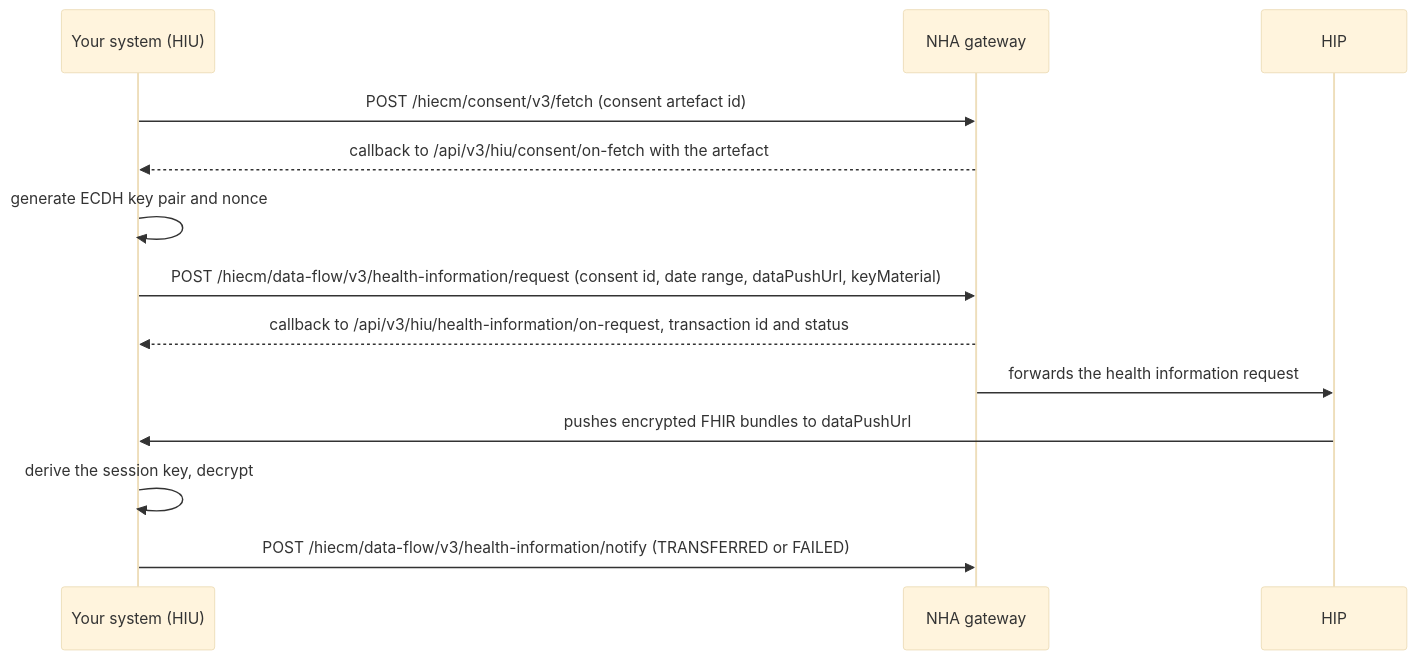
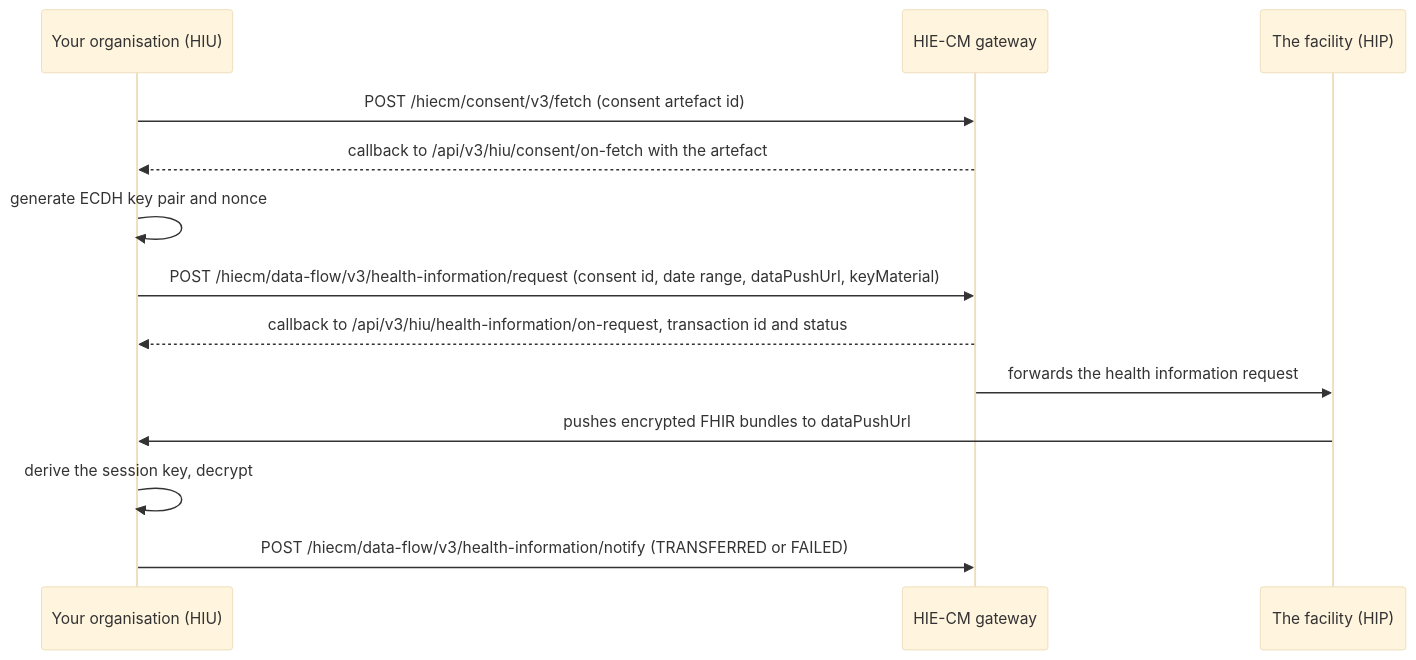
The diagram in catalogue/hiecm/flows/m3-fetch-records.md (nha-in/docs), drawn with Mermaid (base theme) before and after one commit. The commit also changed other lines of this file and 56 other files, not shown here.

````diff
--- a/catalogue/hiecm/flows/m3-fetch-records.md
+++ b/catalogue/hiecm/flows/m3-fetch-records.md
@@ -93,15 +91,15 @@
 ```mermaid
 sequenceDiagram
-    participant HIU as Your system (HIU)
-    participant GW as NHA gateway
-    participant HIP as HIP
+    participant HIU as Your organisation (HIU)
+    participant GW as HIE-CM gateway
+    participant HIP as The facility (HIP)
     HIU->>GW: POST /hiecm/consent/v3/fetch (consent artefact id)
     GW-->>HIU: callback to /api/v3/hiu/consent/on-fetch with the artefact
     HIU->>HIU: generate ECDH key pair and nonce
     HIU->>GW: POST /hiecm/data-flow/v3/health-information/request (consent id, date range, dataPushUrl, keyMaterial)
     GW-->>HIU: callback to /api/v3/hiu/health-information/on-request, transaction id and status
     GW->>HIP: forwards the health information request
     HIP->>HIU: pushes encrypted FHIR bundles to dataPushUrl
     HIU->>HIU: derive the session key, decrypt
     HIU->>GW: POST /hiecm/data-flow/v3/health-information/notify (TRANSFERRED or FAILED)
 ```
````
